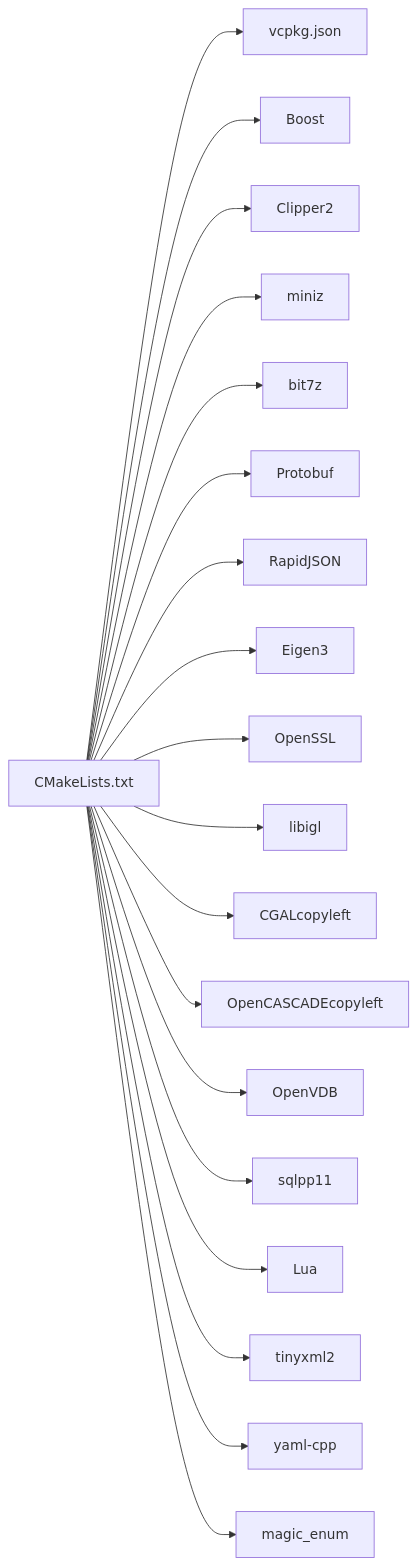
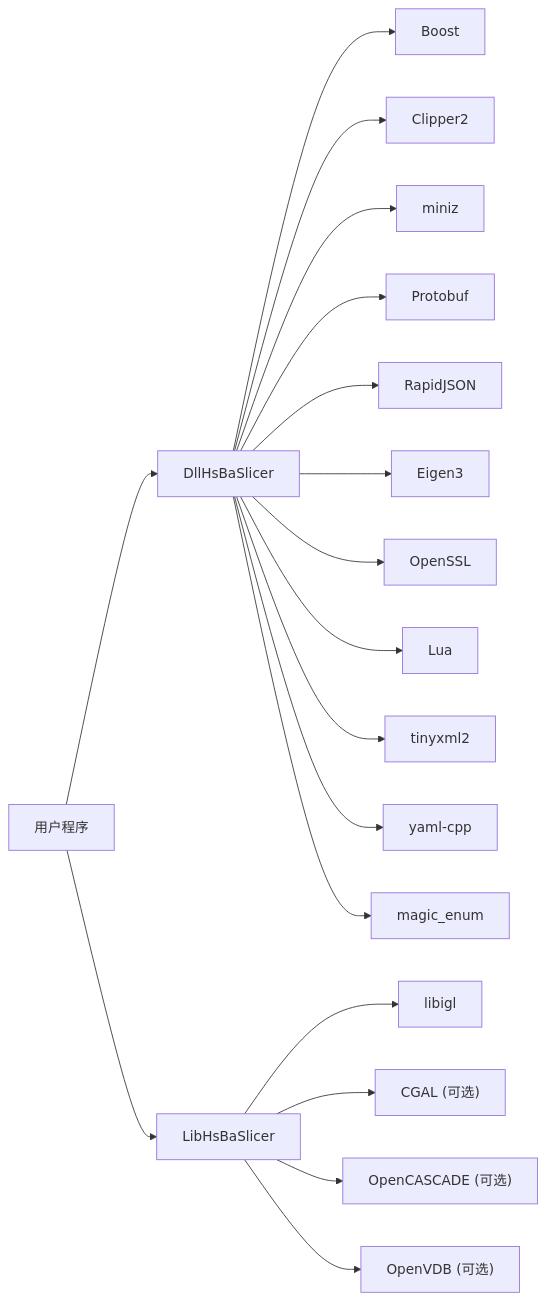
One commit to hsmbanlance/HsBaSlicer changed the sixth of 10 diagrams in .qoder/repowiki/zh/content/项目概述与快速开始.md. Above: the diagram before and after it, drawn with Mermaid. The commit also changed other lines of this file and 1095 other files, not shown here.

````diff
--- a/.qoder/repowiki/zh/content/项目概述与快速开始.md
+++ b/.qoder/repowiki/zh/content/项目概述与快速开始.md
@@ -272,21 +263,20 @@
 ```mermaid
 graph LR
-CMake["CMakeLists.txt"] --> Vcpkg["vcpkg.json"]
-CMake --> Boost["Boost"]
-CMake --> Clipper["Clipper2"]
-CMake --> Miniz["miniz"]
-CMake --> Bit7z["bit7z"]
-CMake --> Protobuf["Protobuf"]
-CMake --> RapidJSON["RapidJSON"]
-CMake --> Eigen["Eigen3"]
-CMake --> OpenSSL["OpenSSL"]
-CMake --> Igl["libigl"]
-CMake --> Cgal["CGALcopyleft"]
-CMake --> Occt["OpenCASCADEcopyleft"]
-CMake --> OpenVdb["OpenVDB"]
-CMake --> Sqlpp["sqlpp11"]
-CMake --> Lua["Lua"]
-CMake --> TinyXml["tinyxml2"]
-CMake --> Yaml["yaml-cpp"]
-CMake --> Enum["magic_enum"]
+App["用户程序"] --> Dll["DllHsBaSlicer"]
+App --> Lib["LibHsBaSlicer"]
+Dll --> Boost["Boost"]
+Dll --> Clipper2["Clipper2"]
+Dll --> Miniz["miniz"]
+Dll --> Protobuf["Protobuf"]
+Dll --> RapidJSON["RapidJSON"]
+Dll --> Eigen["Eigen3"]
+Dll --> OpenSSL["OpenSSL"]
+Dll --> Lua["Lua"]
+Dll --> TinyXML["tinyxml2"]
+Dll --> YAML["yaml-cpp"]
+Dll --> MagicEnum["magic_enum"]
+Lib --> IGL["libigl"]
+Lib --> CGAL["CGAL (可选)"]
+Lib --> OCCT["OpenCASCADE (可选)"]
+Lib --> OpenVDB["OpenVDB (可选)"]
 ```
````
